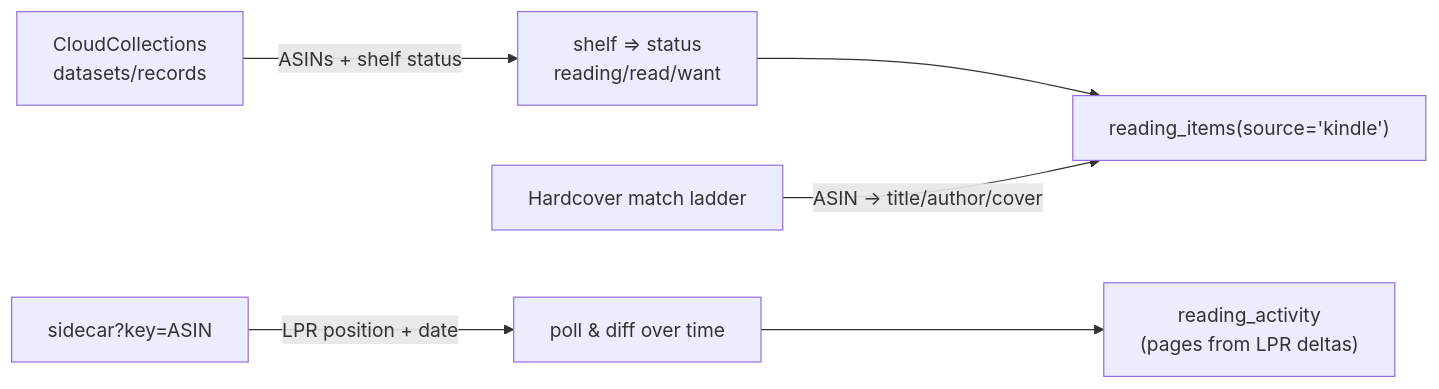
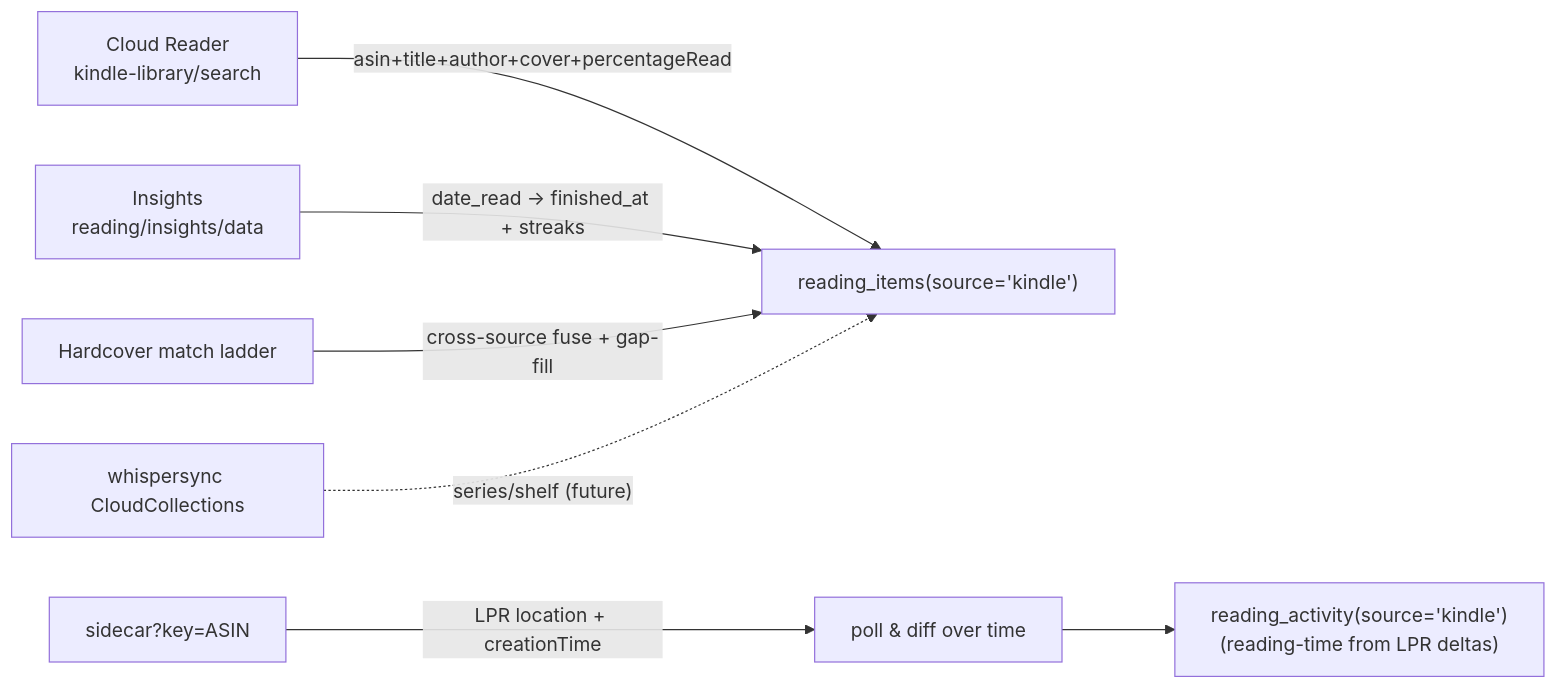
One commit to TheBranchDriftCatalyst/boomtime changed the seventh of 7 diagrams in docs/design/catalyst-books-domain-architecture.md. Above: the diagram before and after it, drawn with Mermaid. The commit also changed other lines of this file, not shown here.

First line of the commit message:
docs(books): capture the full Kindle/Amazon reverse-engineering + reading-monitor discovery

````diff
--- a/docs/design/catalyst-books-domain-architecture.md
+++ b/docs/design/catalyst-books-domain-architecture.md
@@ -588,8 +675,9 @@
 ```mermaid
 flowchart LR
-    C["CloudCollections<br/>datasets/records"] -->|"ASINs + shelf status"| MAP["shelf ⇒ status<br/>reading/read/want"]
-    S["sidecar?key=ASIN"] -->|"LPR position + date"| POLL["poll & diff over time"]
-    MAP --> RI["reading_items(source='kindle')"]
-    HCV["Hardcover match ladder"] -->|"ASIN → title/author/cover"| RI
-    POLL --> RA["reading_activity<br/>(pages from LPR deltas)"]
+    LIB["Cloud Reader<br/>kindle-library/search"] -->|"asin+title+author+cover+percentageRead"| RI["reading_items(source='kindle')"]
+    INS["Insights<br/>reading/insights/data"] -->|"date_read → finished_at + streaks"| RI
+    S["sidecar?key=ASIN"] -->|"LPR location + creationTime"| POLL["poll & diff over time"]
+    HCV["Hardcover match ladder"] -->|"cross-source fuse + gap-fill"| RI
+    COLL["whispersync CloudCollections"] -.->|"series/shelf (future)"| RI
+    POLL --> RA["reading_activity(source='kindle')<br/>(reading-time from LPR deltas)"]
 ```
````
